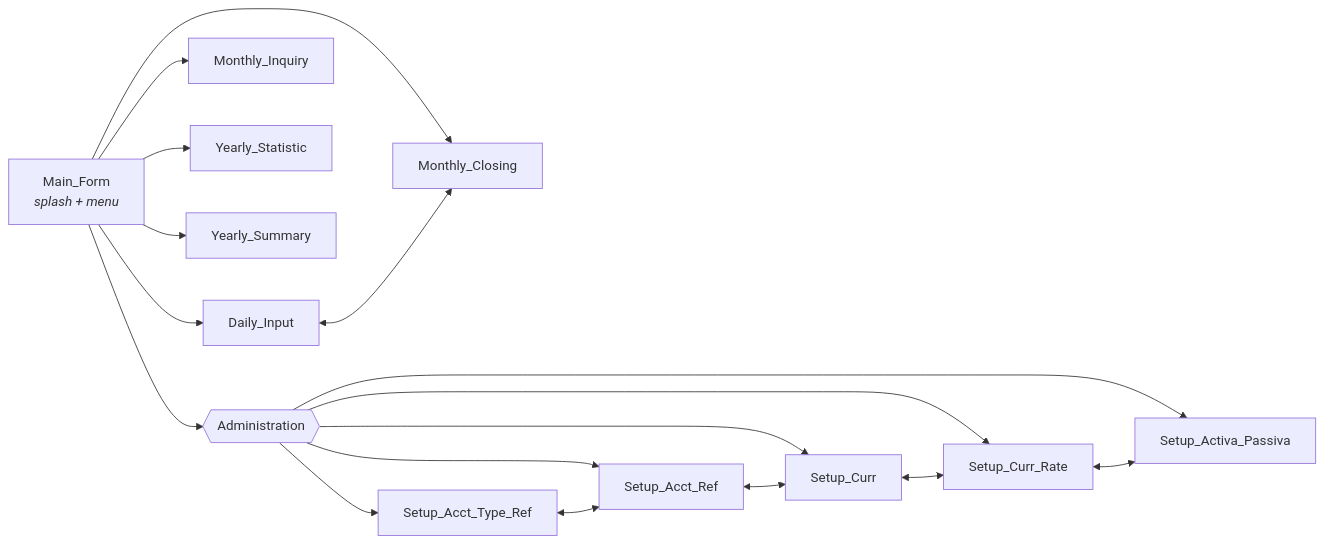
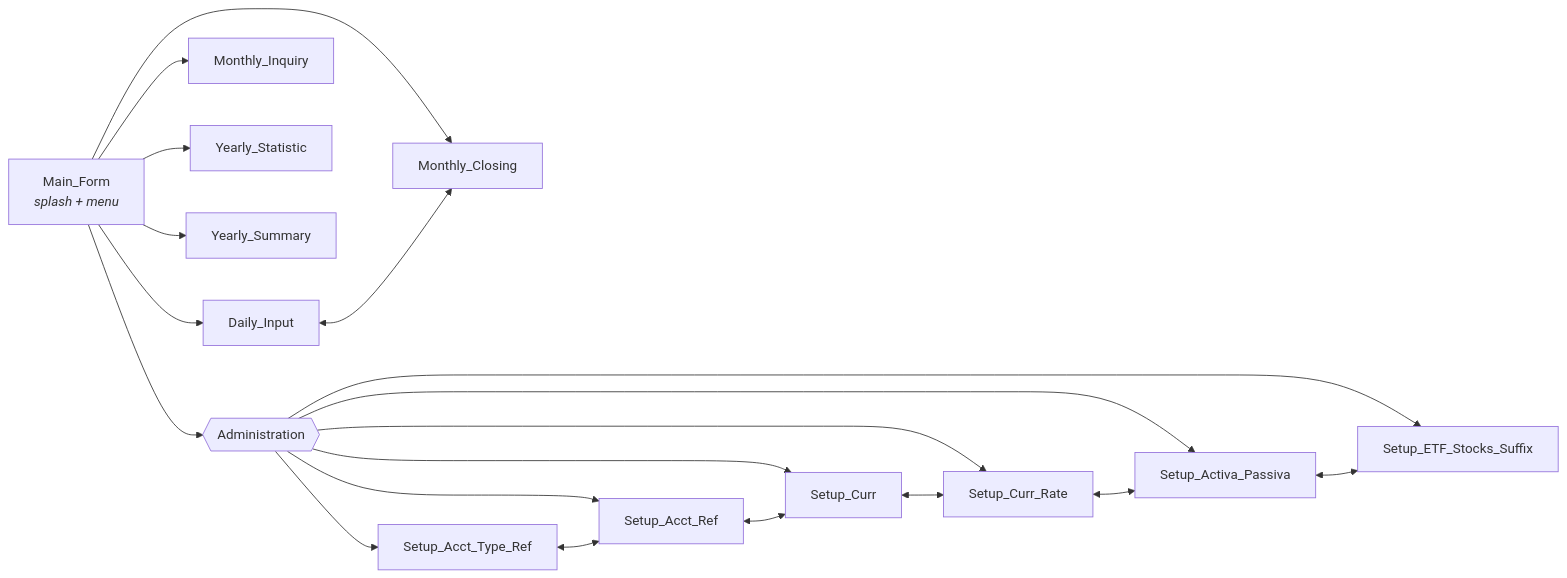
Before and after one commit to oscar-rijadi/FinancialBalance: the second of 3 diagrams in README.md, drawn with Mermaid. The commit also changed other lines of this file and 53 other files, not shown here.

Commit message:
Add ETFStocks Suffix Setup Page

````diff
--- a/README.md
+++ b/README.md
@@ -87,24 +87,26 @@
 ```mermaid
 flowchart LR
     MAIN["Main_Form<br/><i>splash + menu</i>"]
 
     MAIN --> DI["Daily_Input"]
     MAIN --> MC["Monthly_Closing"]
     MAIN --> MI["Monthly_Inquiry"]
     MAIN --> YT["Yearly_Statistic"]
     MAIN --> YS["Yearly_Summary"]
 
     MAIN --> ADMIN{{"Administration"}}
     ADMIN --> SATR["Setup_Acct_Type_Ref"]
     ADMIN --> SAR["Setup_Acct_Ref"]
     ADMIN --> SC["Setup_Curr"]
     ADMIN --> SCR["Setup_Curr_Rate"]
     ADMIN --> SAP["Setup_Activa_Passiva"]
+    ADMIN --> SES["Setup_ETF_Stocks_Suffix"]
 
     DI <--> MC
 
     SATR <--> SAR
     SAR <--> SC
     SC <--> SCR
     SCR <--> SAP
+    SAP <--> SES
 ```
````
